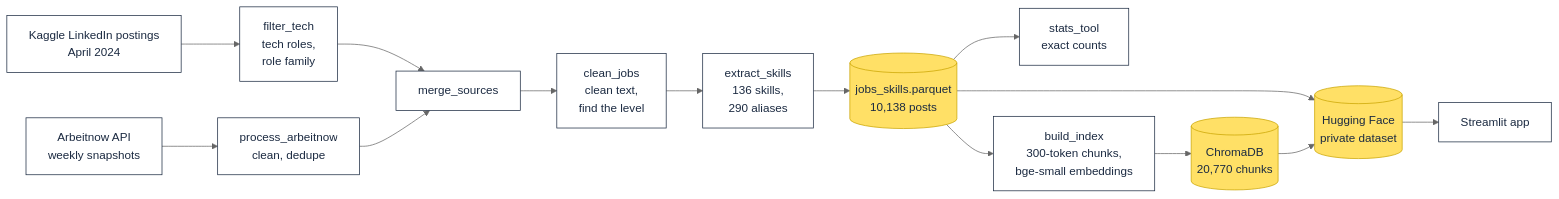
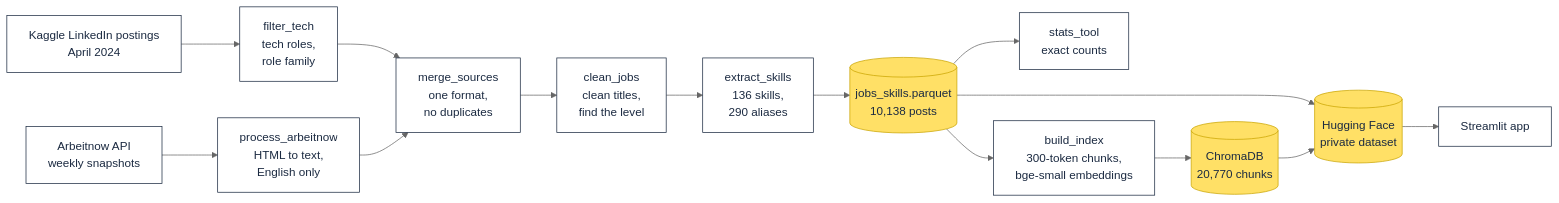
The third of 3 diagrams in README.md (Amr-Ebrahim/career-roadmap), drawn with Mermaid (neutral theme) before and after one commit. The commit also changed other lines of this file and 1 other file, not shown here.

Commit message:
README: architecture and data cleaning in detail

````diff
--- a/README.md
+++ b/README.md
@@ -113,20 +162,20 @@
 ```mermaid
 flowchart LR
     K[Kaggle LinkedIn postings<br/>April 2024] --> F[filter_tech<br/>tech roles,<br/>role family]
-    A[Arbeitnow API<br/>weekly snapshots] --> PA[process_arbeitnow<br/>clean, dedupe]
-    F --> M[merge_sources]
+    A[Arbeitnow API<br/>weekly snapshots] --> PA[process_arbeitnow<br/>HTML to text,<br/>English only]
+    F --> M[merge_sources<br/>one format,<br/>no duplicates]
     PA --> M
-    M --> CL[clean_jobs<br/>clean text,<br/>find the level]
+    M --> CL[clean_jobs<br/>clean titles,<br/>find the level]
     CL --> X[extract_skills<br/>136 skills,<br/>290 aliases]
     X --> J[(jobs_skills.parquet<br/>10,138 posts)]
     J --> ST[stats_tool<br/>exact counts]
     J --> B[build_index<br/>300-token chunks,<br/>bge-small embeddings]
     B --> CH[(ChromaDB<br/>20,770 chunks)]
     J --> HF[(Hugging Face<br/>private dataset)]
     CH --> HF
     HF --> APP[Streamlit app]
 
     classDef default fill:#FFFFFF,stroke:#1B2A41,color:#1B2A41
     classDef store fill:#FFE066,stroke:#C9A400,color:#1B2A41
     class J,CH,HF store
 ```
````
